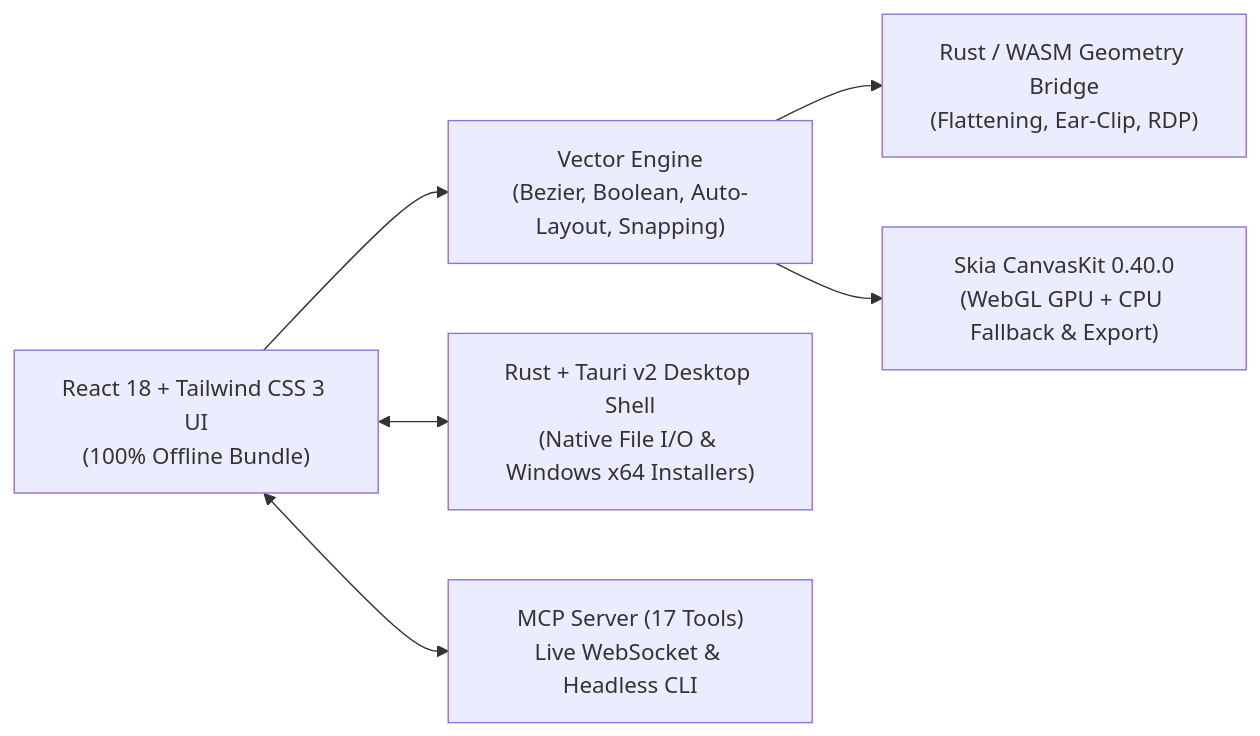
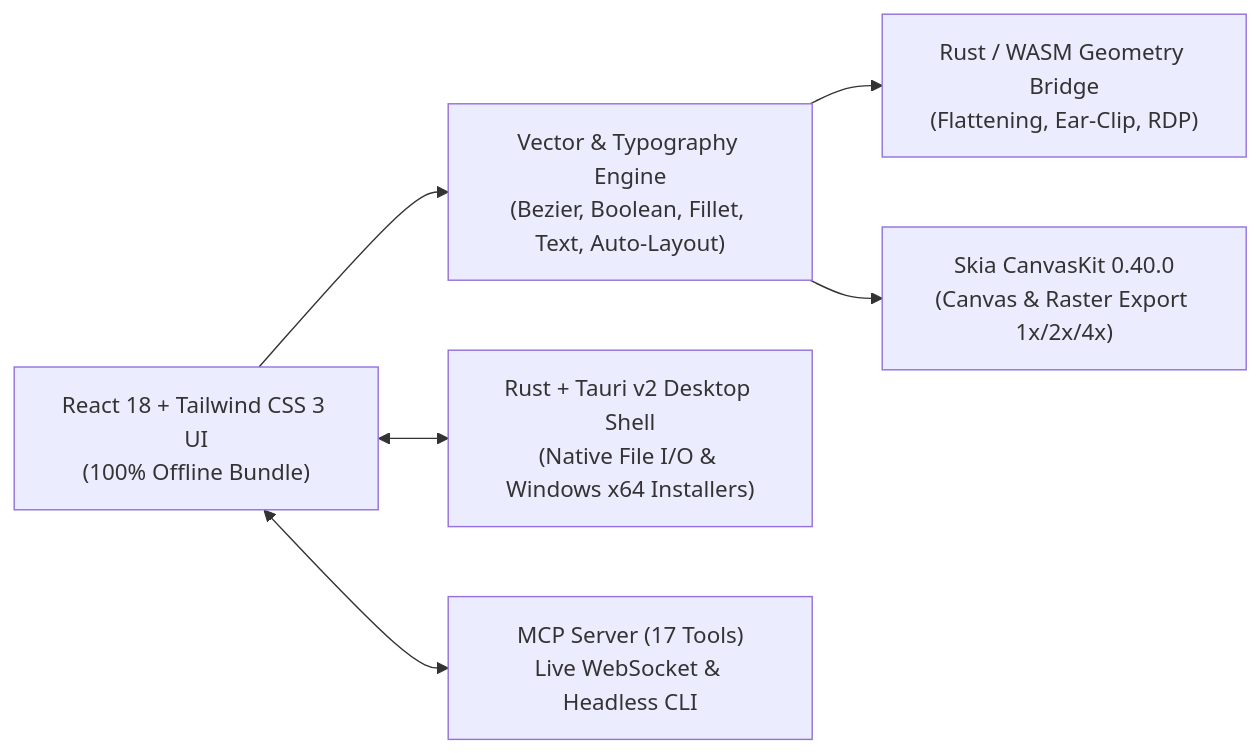
One commit to zypherianastrid/Geovanta changed the diagram in README.md. Above: the diagram before and after it, drawn with Mermaid. The commit also changed other lines of this file and 2 other files, not shown here.

````diff
--- a/README.md
+++ b/README.md
@@ -195,8 +254,8 @@
 ```mermaid
 flowchart LR
-  UI["React 18 + Tailwind CSS 3 UI\n(100% Offline Bundle)"] --> Engine["Vector Engine\n(Bezier, Boolean, Auto-Layout, Snapping)"]
+  UI["React 18 + Tailwind CSS 3 UI\n(100% Offline Bundle)"] --> Engine["Vector & Typography Engine\n(Bezier, Boolean, Fillet, Text, Auto-Layout)"]
   Engine --> WASM["Rust / WASM Geometry Bridge\n(Flattening, Ear-Clip, RDP)"]
-  Engine --> Skia["Skia CanvasKit 0.40.0\n(WebGL GPU + CPU Fallback & Export)"]
+  Engine --> Skia["Skia CanvasKit 0.40.0\n(Canvas & Raster Export 1x/2x/4x)"]
   UI <--> Tauri["Rust + Tauri v2 Desktop Shell\n(Native File I/O & Windows x64 Installers)"]
   UI <--> MCP["MCP Server (17 Tools)\nLive WebSocket & Headless CLI"]
 ```
````
